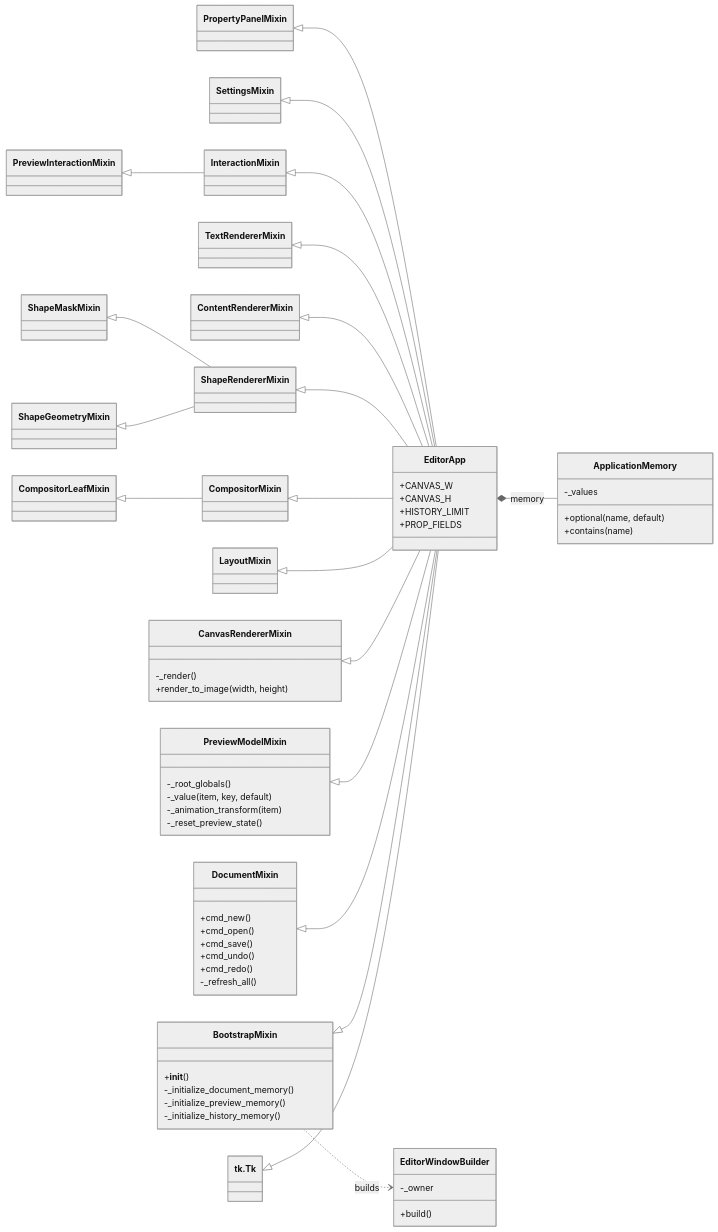
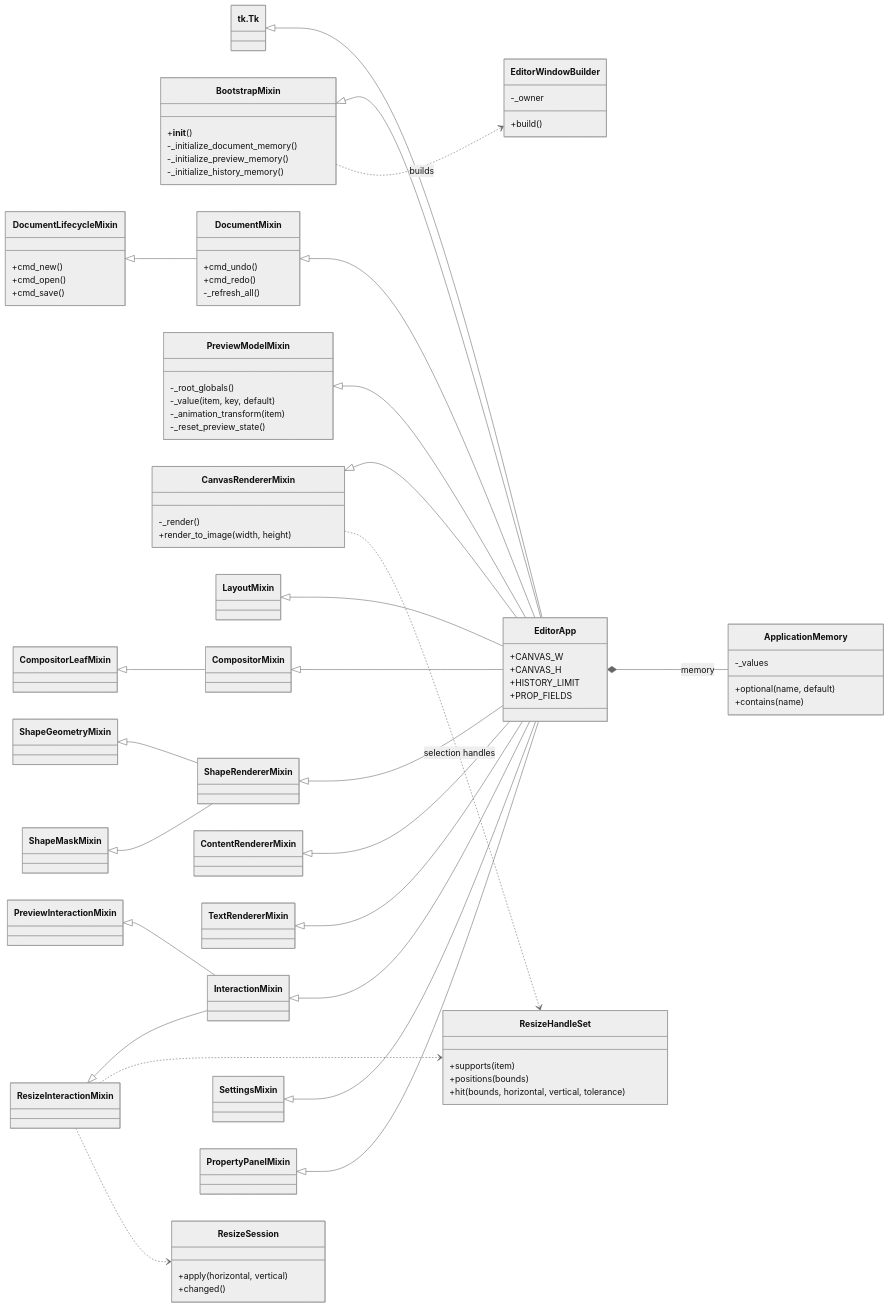
Before and after one commit to k014c1287/klwp_pc_editor: the first of 12 diagrams in doc/KLWPエディタ_設計仕様.md, drawn with Mermaid (neutral theme). The commit also changed other lines of this file and 17 other files, not shown here.

```diff
--- a/doc/KLWPエディタ_設計仕様.md
+++ b/doc/KLWPエディタ_設計仕様.md
@@ -47,10 +47,12 @@
         -_initialize_preview_memory()
         -_initialize_history_memory()
     }
-    class DocumentMixin {
+    class DocumentLifecycleMixin {
         +cmd_new()
         +cmd_open()
         +cmd_save()
+    }
+    class DocumentMixin {
         +cmd_undo()
         +cmd_redo()
         -_refresh_all()
@@ -74,7 +76,17 @@
     class ContentRendererMixin
     class TextRendererMixin
     class PreviewInteractionMixin
+    class ResizeInteractionMixin
     class InteractionMixin
+    class ResizeHandleSet {
+        +supports(item)
+        +positions(bounds)
+        +hit(bounds, horizontal, vertical, tolerance)
+    }
+    class ResizeSession {
+        +apply(horizontal, vertical)
+        +changed()
+    }
     class SettingsMixin
     class PropertyPanelMixin
     class ApplicationMemory {
@@ -89,6 +101,7 @@
 
     TkRoot <|-- EditorApp
     BootstrapMixin <|-- EditorApp
+    DocumentLifecycleMixin <|-- DocumentMixin
     DocumentMixin <|-- EditorApp
     PreviewModelMixin <|-- EditorApp
     CanvasRendererMixin <|-- EditorApp
@@ -105,6 +118,10 @@
     ShapeGeometryMixin <|-- ShapeRendererMixin
     ShapeMaskMixin <|-- ShapeRendererMixin
     PreviewInteractionMixin <|-- InteractionMixin
+    ResizeInteractionMixin <|-- InteractionMixin
+    ResizeInteractionMixin ..> ResizeHandleSet
+    ResizeInteractionMixin ..> ResizeSession
+    CanvasRendererMixin ..> ResizeHandleSet : selection handles
 
     EditorApp *-- ApplicationMemory : memory
     BootstrapMixin ..> EditorWindowBuilder : builds
```
